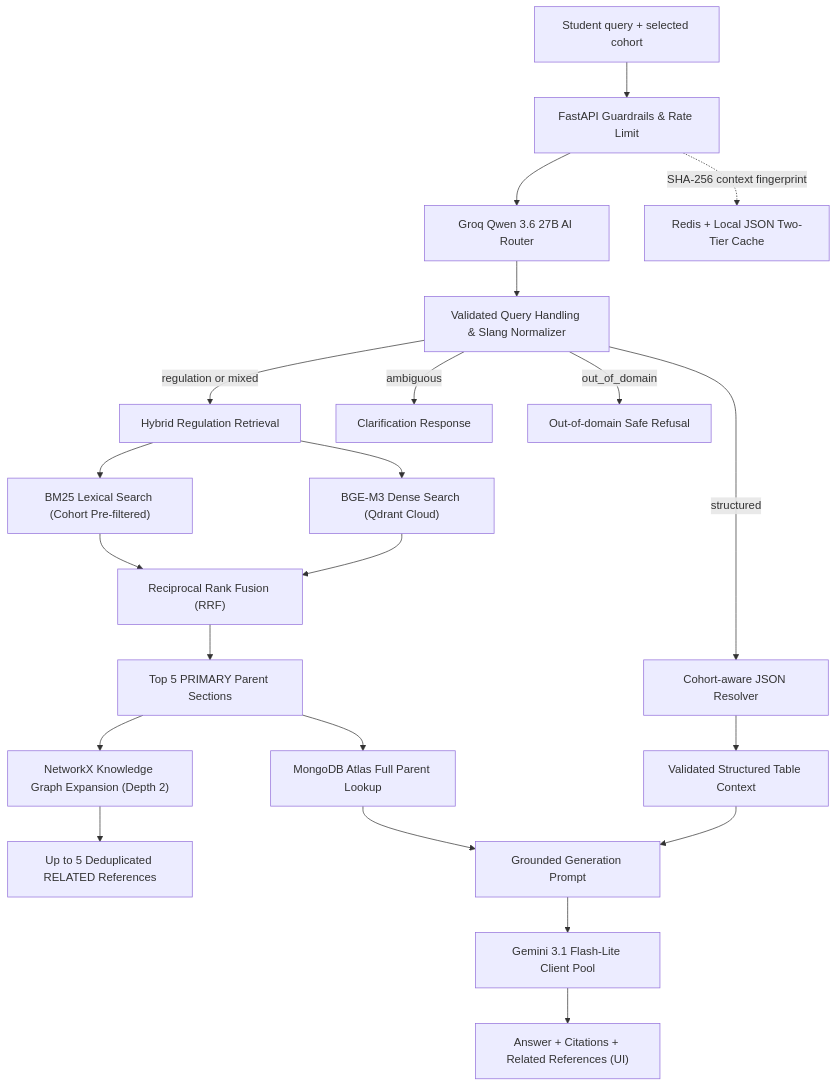
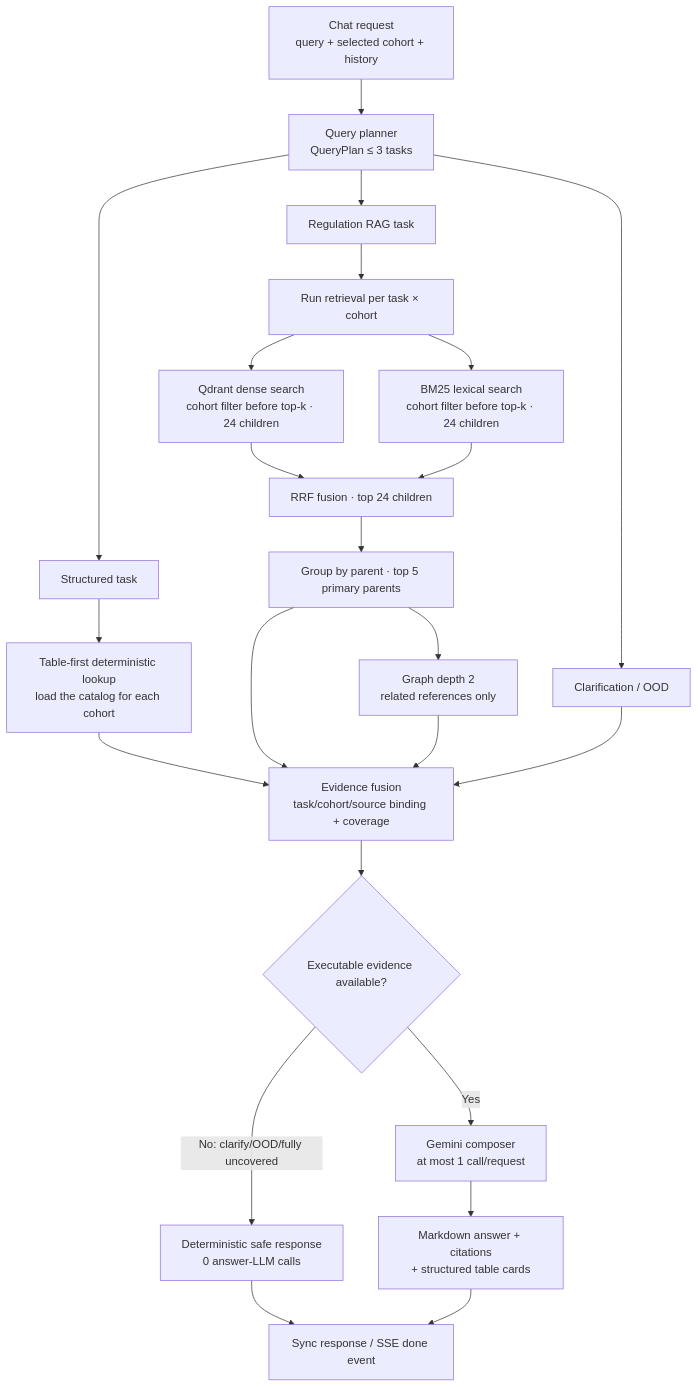
One commit to AnhPhiNe/student-handbook-rag-chatbot changed the third of 3 diagrams in README.md. Above: the diagram before and after it, drawn with Mermaid. The commit also changed other lines of this file, not shown here.

````diff
--- a/README.md
+++ b/README.md
@@ -162,29 +108,29 @@
 ```mermaid
 flowchart TD
-    User["Student query + selected cohort"] --> API["FastAPI Guardrails & Rate Limit"]
-    API --> Router["Groq Qwen 3.6 27B AI Router"]
-    Router --> Query["Validated Query Handling & Slang Normalizer"]
+    Request["Chat request<br/>query + selected cohort + history"] --> Plan["Query planner<br/>QueryPlan ≤ 3 tasks"]
+    Plan --> S["Structured task"]
+    Plan --> R["Regulation RAG task"]
+    Plan --> C["Clarification / OOD"]
 
-    Query -->|structured| Resolver["Cohort-aware JSON Resolver"]
-    Query -->|regulation or mixed| Retrieval["Hybrid Regulation Retrieval"]
-    Query -->|ambiguous| Clarify["Clarification Response"]
-    Query -->|out_of_domain| Reject["Out-of-domain Safe Refusal"]
+    S --> Lookup["Table-first deterministic lookup<br/>load the catalog for each cohort"]
 
-    Resolver --> Structured["Validated Structured Table Context"]
+    R --> PerCohort["Run retrieval per task × cohort"]
+    PerCohort --> Dense["Qdrant dense search<br/>cohort filter before top-k · 24 children"]
+    PerCohort --> Sparse["BM25 lexical search<br/>cohort filter before top-k · 24 children"]
+    Dense --> RRF["RRF fusion · top 24 children"]
+    Sparse --> RRF
+    RRF --> Group["Group by parent · top 5 primary parents"]
+    Group --> Expand["Graph depth 2<br/>related references only"]
 
-    Retrieval --> Dense["BGE-M3 Dense Search (Qdrant Cloud)"]
-    Retrieval --> Sparse["BM25 Lexical Search (Cohort Pre-filtered)"]
-    Dense --> Fusion["Reciprocal Rank Fusion (RRF)"]
-    Sparse --> Fusion
-    Fusion --> Primary["Top 5 PRIMARY Parent Sections"]
-    Primary --> Graph["NetworkX Knowledge Graph Expansion (Depth 2)"]
-    Graph --> Related["Up to 5 Deduplicated RELATED References"]
-    Primary --> Mongo["MongoDB Atlas Full Parent Lookup"]
+    Lookup --> Packet["Evidence fusion<br/>task/cohort/source binding + coverage"]
+    Group --> Packet
+    Expand --> Packet
+    C --> Packet
 
-    Structured --> Prompt["Grounded Generation Prompt"]
-    Mongo --> Prompt
-    Prompt --> Gemini["Gemini 3.1 Flash-Lite Client Pool"]
-    Gemini --> Output["Answer + Citations + Related References (UI)"]
-
-    API -. SHA-256 context fingerprint .-> Cache["Redis + Local JSON Two-Tier Cache"]
+    Packet --> Terminal{"Executable evidence available?"}
+    Terminal -->|"No: clarify/OOD/fully uncovered"| Deterministic["Deterministic safe response<br/>0 answer-LLM calls"]
+    Terminal -->|"Yes"| Answer["Gemini composer<br/>at most 1 call/request"]
+    Answer --> Render["Markdown answer + citations<br/>+ structured table cards"]
+    Deterministic --> Response["Sync response / SSE done event"]
+    Render --> Response
 ```
````
